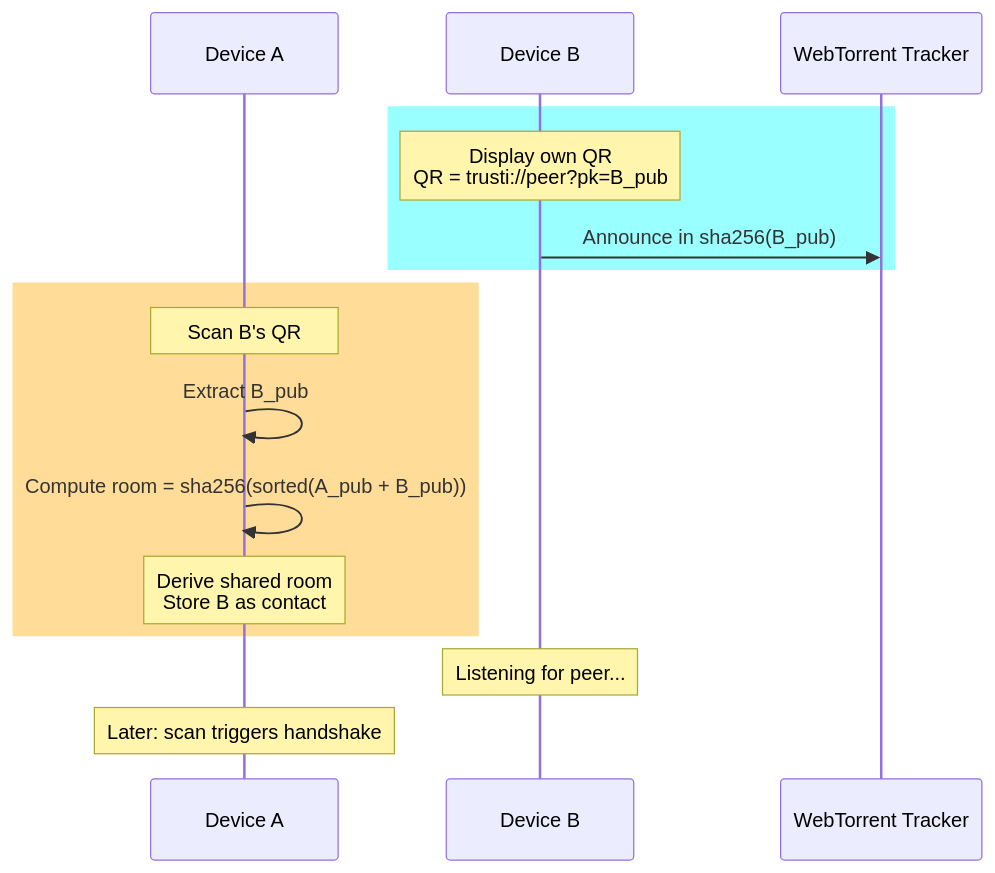
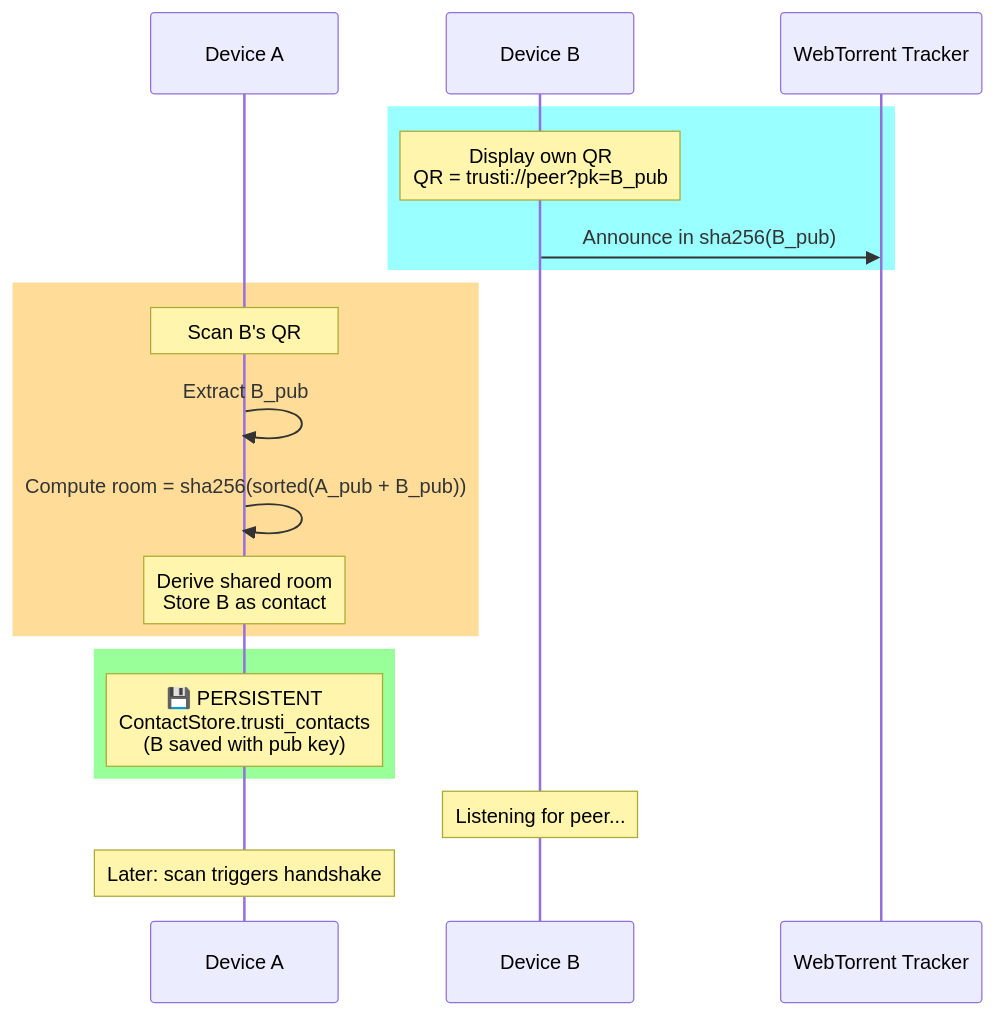
Before and after one commit to davidevecchi/TruSTI: the second of 8 diagrams in README.md, drawn with Mermaid. The commit also changed other lines of this file, not shown here.

````diff
--- a/README.md
+++ b/README.md
@@ -95,21 +95,25 @@
 ```mermaid
 sequenceDiagram
     participant A as Device A
     participant B as Device B
     participant Tracker as WebTorrent Tracker
 
     rect rgba(0, 255, 255, 0.4)
     Note over B: Display own QR<br/>QR = trusti://peer?pk=B_pub
     B->>Tracker: Announce in sha256(B_pub)
     end
 
     rect rgba(255, 170, 0, 0.4)
     Note over A: Scan B's QR
     A->>A: Extract B_pub
     A->>A: Compute room = sha256(sorted(A_pub + B_pub))
     Note over A: Derive shared room<br/>Store B as contact
     end
 
+    rect rgba(0, 255, 0, 0.4)
+    Note over A: 💾 PERSISTENT<br/>ContactStore.trusti_contacts<br/>(B saved with pub key)
+    end
+
     Note over B: Listening for peer...
     Note over A: Later: scan triggers handshake
 ```
````
